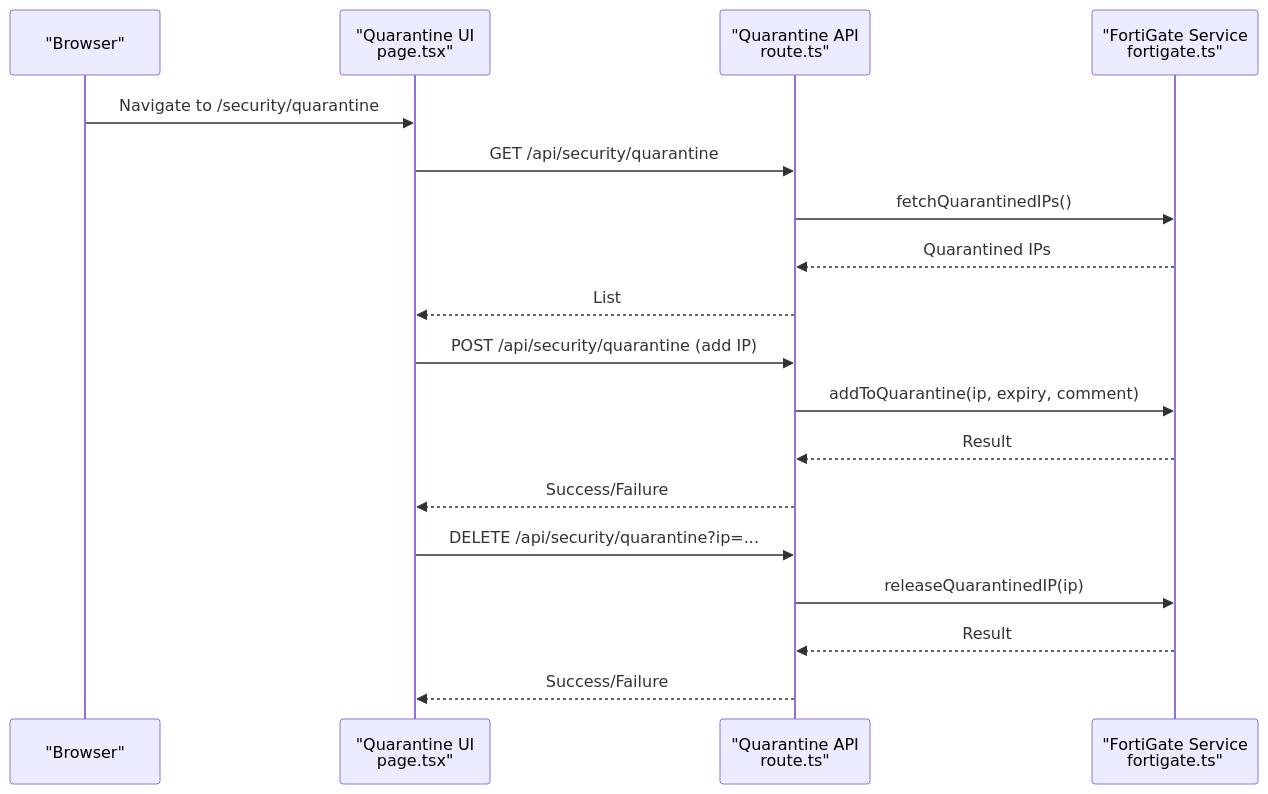
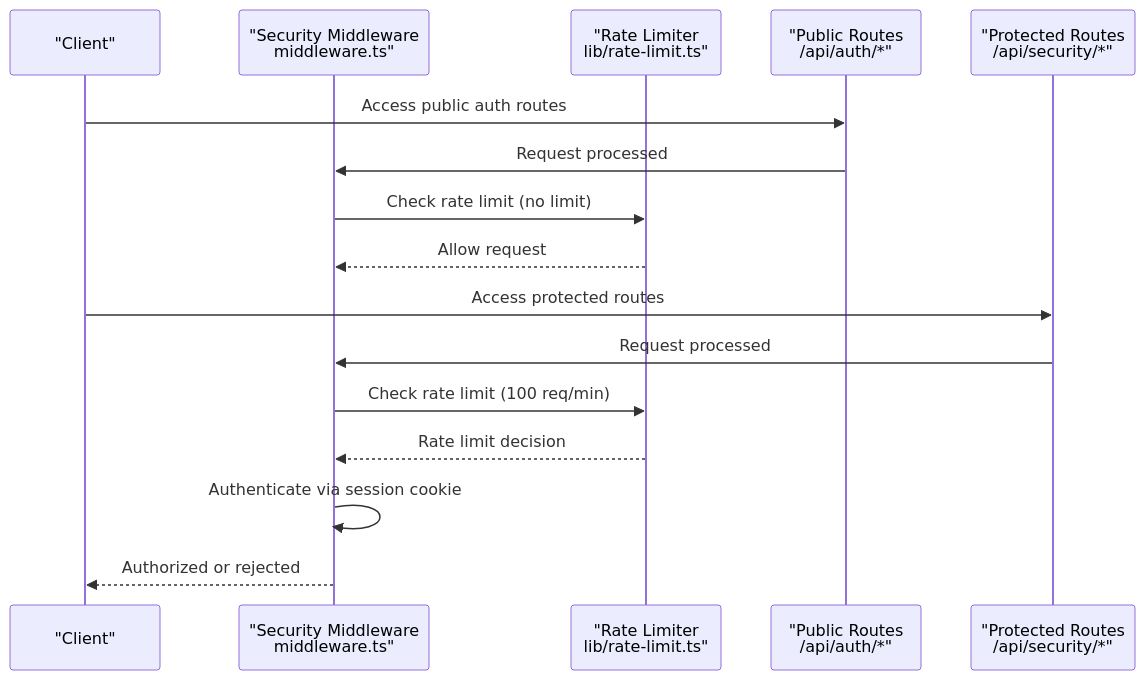
Before and after one commit to celebigilfatih/infrascope: the third of 10 diagrams in .qoder/repowiki/en/content/Security Management/Security Management.md, drawn with Mermaid. The commit also changed other lines of this file and 12 other files, not shown here.

First line of the commit message:
feat(api): add authentication, license management, and enhanced security middleware

````diff
--- a/.qoder/repowiki/en/content/Security Management/Security Management.md
+++ b/.qoder/repowiki/en/content/Security Management/Security Management.md
@@ -130,20 +199,18 @@
 ```mermaid
 sequenceDiagram
-participant Browser as "Browser"
-participant UI_Q as "Quarantine UI<br/>page.tsx"
-participant API_Q as "Quarantine API<br/>route.ts"
-participant FG as "FortiGate Service<br/>fortigate.ts"
-Browser->>UI_Q : Navigate to /security/quarantine
-UI_Q->>API_Q : GET /api/security/quarantine
-API_Q->>FG : fetchQuarantinedIPs()
-FG-->>API_Q : Quarantined IPs
-API_Q-->>UI_Q : List
-UI_Q->>API_Q : POST /api/security/quarantine (add IP)
-API_Q->>FG : addToQuarantine(ip, expiry, comment)
-FG-->>API_Q : Result
-API_Q-->>UI_Q : Success/Failure
-UI_Q->>API_Q : DELETE /api/security/quarantine?ip=...
-API_Q->>FG : releaseQuarantinedIP(ip)
-FG-->>API_Q : Result
-API_Q-->>UI_Q : Success/Failure
+participant Client as "Client"
+participant MW as "Security Middleware<br/>middleware.ts"
+participant RL as "Rate Limiter<br/>lib/rate-limit.ts"
+participant Public as "Public Routes<br/>/api/auth/*"
+participant Protected as "Protected Routes<br/>/api/security/*"
+Client->>Public : Access public auth routes
+Public->>MW : Request processed
+MW->>RL : Check rate limit (no limit)
+RL-->>MW : Allow request
+Client->>Protected : Access protected routes
+Protected->>MW : Request processed
+MW->>RL : Check rate limit (100 req/min)
+RL-->>MW : Rate limit decision
+MW->>MW : Authenticate via session cookie
+MW-->>Client : Authorized or rejected
 ```
````
